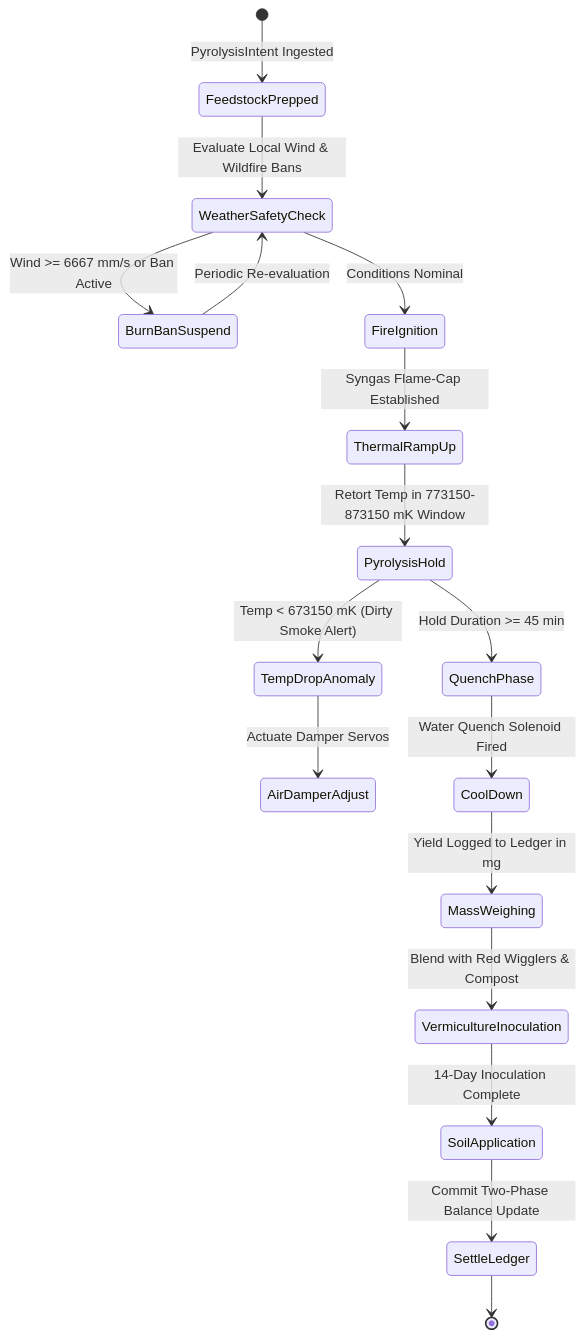
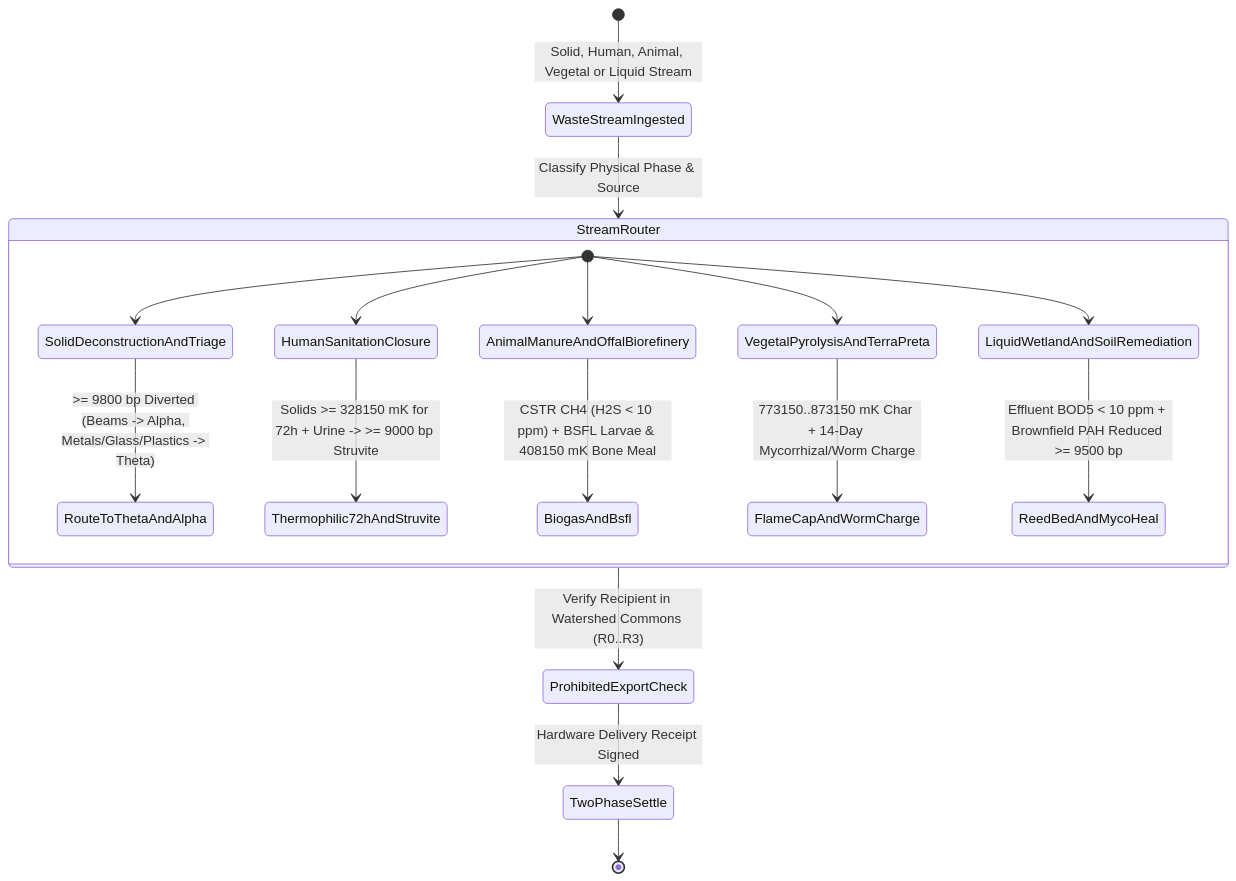
One commit to raffaine/collective changed the second of 2 diagrams in docs/scenarios/mu_extraction.md. Above: the diagram before and after it, drawn with Mermaid. The commit also changed other lines of this file and 10 other files, not shown here.

````diff
--- a/docs/scenarios/mu_extraction.md
+++ b/docs/scenarios/mu_extraction.md
@@ -105,19 +155,27 @@
 ```mermaid
 stateDiagram-v2
-    [*] --> FeedstockPrepped: PyrolysisIntent Ingested
-    FeedstockPrepped --> WeatherSafetyCheck: Evaluate Local Wind & Wildfire Bans
-    WeatherSafetyCheck --> BurnBanSuspend: Wind >= 6667 mm/s or Ban Active
-    BurnBanSuspend --> WeatherSafetyCheck: Periodic Re-evaluation
-    WeatherSafetyCheck --> FireIgnition: Conditions Nominal
-    FireIgnition --> ThermalRampUp: Syngas Flame-Cap Established
-    ThermalRampUp --> PyrolysisHold: Retort Temp in 773150-873150 mK Window
-    PyrolysisHold --> QuenchPhase: Hold Duration >= 45 min
-    PyrolysisHold --> TempDropAnomaly: Temp < 673150 mK (Dirty Smoke Alert)
-    TempDropAnomaly --> AirDamperAdjust: Actuate Damper Servos
-    QuenchPhase --> CoolDown: Water Quench Solenoid Fired
-    CoolDown --> MassWeighing: Yield Logged to Ledger in mg
-    MassWeighing --> VermicultureInoculation: Blend with Red Wigglers & Compost
-    VermicultureInoculation --> SoilApplication: 14-Day Inoculation Complete
-    SoilApplication --> SettleLedger: Commit Two-Phase Balance Update
-    SettleLedger --> [*]
+    [*] --> WasteStreamIngested: Solid, Human, Animal, Vegetal or Liquid Stream
+    WasteStreamIngested --> StreamRouter: Classify Physical Phase & Source
+
+    state StreamRouter {
+        [*] --> SolidDeconstructionAndTriage
+        [*] --> HumanSanitationClosure
+        [*] --> AnimalManureAndOffalBiorefinery
+        [*] --> VegetalPyrolysisAndTerraPreta
+        [*] --> LiquidWetlandAndSoilRemediation
+
+        SolidDeconstructionAndTriage --> RouteToThetaAndAlpha: >= 9800 bp Diverted (Beams -> Alpha, Metals/Glass/Plastics -> Theta)
+
+        HumanSanitationClosure --> Thermophilic72hAndStruvite: Solids >= 328150 mK for 72h + Urine -> >= 9000 bp Struvite
+
+        AnimalManureAndOffalBiorefinery --> BiogasAndBsfl: CSTR CH4 (H2S < 10 ppm) + BSFL Larvae & 408150 mK Bone Meal
+
+        VegetalPyrolysisAndTerraPreta --> FlameCapAndWormCharge: 773150..873150 mK Char + 14-Day Mycorrhizal/Worm Charge
+
+        LiquidWetlandAndSoilRemediation --> ReedBedAndMycoHeal: Effluent BOD5 < 10 ppm + Brownfield PAH Reduced >= 9500 bp
+    }
+
+    StreamRouter --> ProhibitedExportCheck: Verify Recipient in Watershed Commons (R0..R3)
+    ProhibitedExportCheck --> TwoPhaseSettle: Hardware Delivery Receipt Signed
+    TwoPhaseSettle --> [*]
 ```
````
